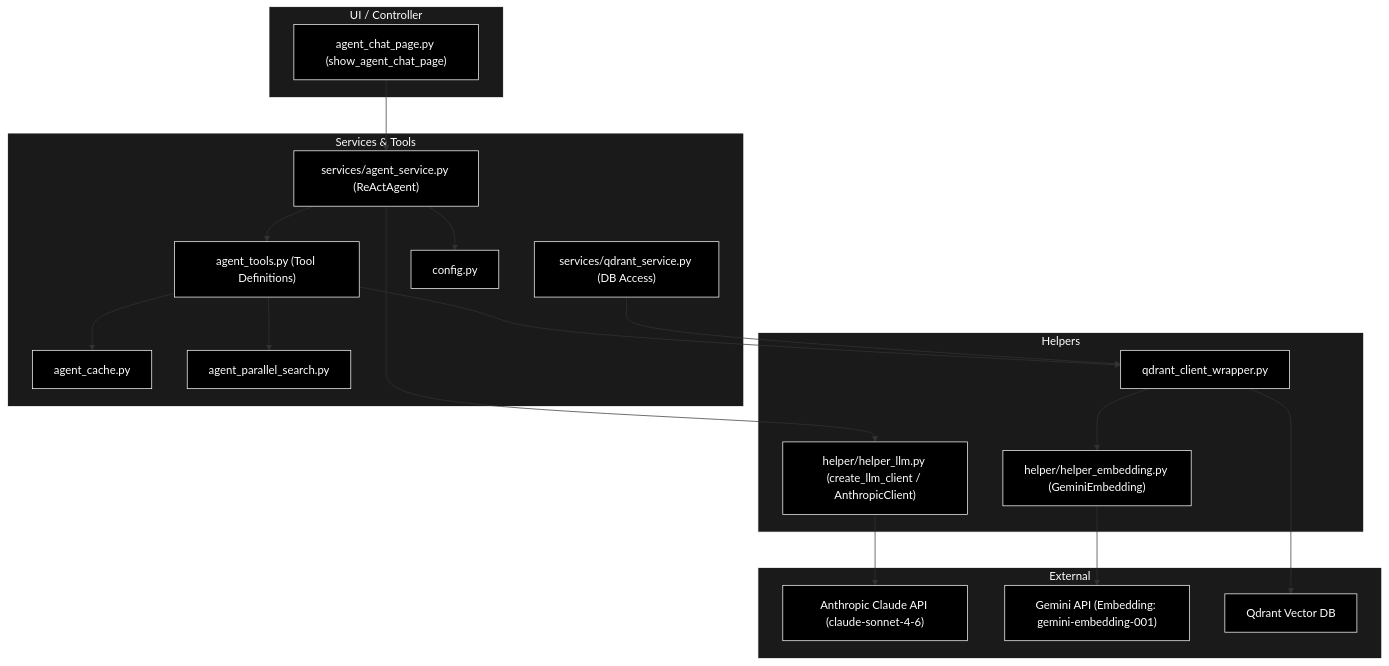
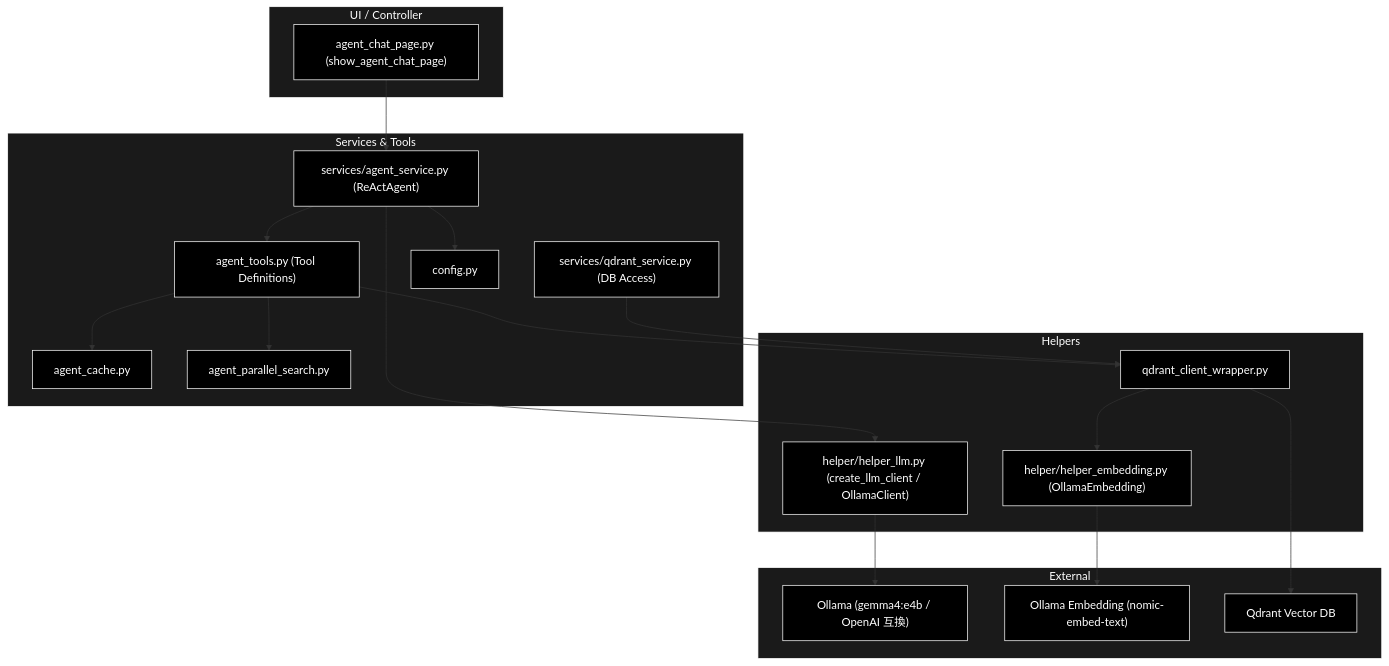
Before and after one commit to nakashima2toshio/ollama_grace_agent_v2: the tenth of 10 diagrams in readme_react_reflection.md, drawn with Mermaid. The commit also changed other lines of this file and 5 other files, not shown here.

First line of the commit message:
docs(readme): Ollama ネイティブ化（README*.md の Anthropic/Gemini/OpenAI 表記を統一）

````diff
--- a/readme_react_reflection.md
+++ b/readme_react_reflection.md
@@ -1036,47 +1035,47 @@
 ```mermaid
 graph TD
     subgraph UI_Layer ["UI / Controller"]
         AgentPage["agent_chat_page.py (show_agent_chat_page)"]
     end
 
     subgraph Service_Layer ["Services & Tools"]
         AgentSvc["services/agent_service.py (ReActAgent)"]
         Tools["agent_tools.py (Tool Definitions)"]
         Cache["agent_cache.py"]
         Parallel["agent_parallel_search.py"]
         QdrantSvc["services/qdrant_service.py (DB Access)"]
         Config["config.py"]
     end
 
     subgraph Helper_Layer ["Helpers"]
-        LLMHelper["helper/helper_llm.py (create_llm_client / AnthropicClient)"]
-        HelperEmbed["helper/helper_embedding.py (GeminiEmbedding)"]
+        LLMHelper["helper/helper_llm.py (create_llm_client / OllamaClient)"]
+        HelperEmbed["helper/helper_embedding.py (OllamaEmbedding)"]
         Wrapper["qdrant_client_wrapper.py"]
     end
 
     subgraph External_API ["External"]
-        ClaudeLLM["Anthropic Claude API (claude-sonnet-4-6)"]
-        Gemini["Gemini API (Embedding: gemini-embedding-001)"]
+        ClaudeLLM["Ollama (gemma4:e4b / OpenAI 互換)"]
+        Gemini["Ollama Embedding (nomic-embed-text)"]
         QdrantDB["Qdrant Vector DB"]
     end
 
     AgentPage --> AgentSvc
     AgentSvc --> Tools
     AgentSvc --> LLMHelper
     AgentSvc --> Config
     Tools --> Cache
     Tools --> Parallel
     Tools --> Wrapper
     Wrapper --> HelperEmbed
     LLMHelper --> ClaudeLLM
     HelperEmbed --> Gemini
     Wrapper --> QdrantDB
     QdrantSvc --> Wrapper
 classDef default fill:#000,stroke:#fff,color:#fff
 classDef subgraphStyle fill:#1a1a1a,stroke:#fff,color:#fff
 class AgentPage,AgentSvc,Tools,Cache,Parallel,QdrantSvc,Config,LLMHelper,HelperEmbed,Wrapper,ClaudeLLM,Gemini,QdrantDB default
 style UI_Layer fill:#1a1a1a,stroke:#fff,color:#fff
 style Service_Layer fill:#1a1a1a,stroke:#fff,color:#fff
 style Helper_Layer fill:#1a1a1a,stroke:#fff,color:#fff
 style External_API fill:#1a1a1a,stroke:#fff,color:#fff
 ```
````
